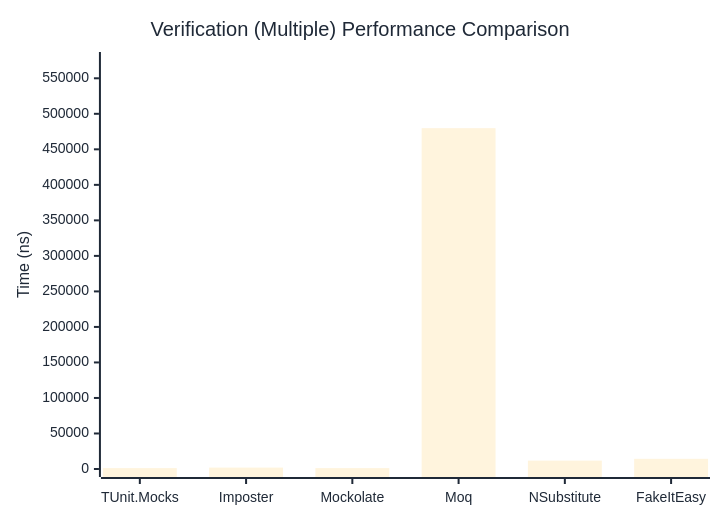
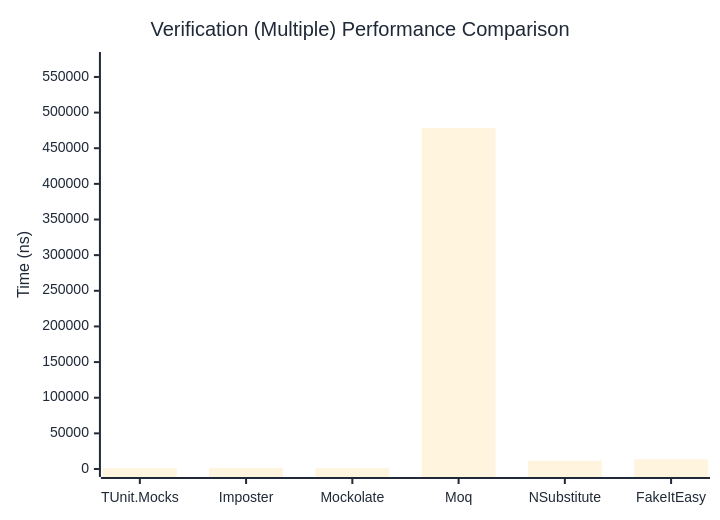
One commit to thomhurst/TUnit changed the third of 3 diagrams in docs/docs/benchmarks/mocks/Verification.md. Above: the diagram before and after it, drawn with Mermaid. The commit also changed other lines of this file and 14 other files, not shown here.

````diff
--- a/docs/docs/benchmarks/mocks/Verification.md
+++ b/docs/docs/benchmarks/mocks/Verification.md
@@ -110,27 +110,27 @@
 ```mermaid
 %%{init: {
   'theme':'base',
   'themeVariables': {
     'primaryColor': '#2563eb',
     'primaryTextColor': '#1f2937',
     'primaryBorderColor': '#1e40af',
     'lineColor': '#6b7280',
     'secondaryColor': '#7c3aed',
     'tertiaryColor': '#dc2626',
     'background': '#ffffff',
     'pie1': '#2563eb',
     'pie2': '#7c3aed',
     'pie3': '#dc2626',
     'pie4': '#f59e0b',
     'pie5': '#10b981',
     'pie6': '#06b6d4',
     'pie7': '#ec4899',
     'pie8': '#6366f1'
   }
 }}%%
 xychart-beta
   title "Verification (Multiple) Performance Comparison"
   x-axis ["TUnit.Mocks", "Imposter", "Mockolate", "Moq", "NSubstitute", "FakeItEasy"]
-  y-axis "Time (ns)" 0 --> 575756
-  bar [1245.26, 1971.88, 1269.81, 479796.25, 11809.38, 14325.62]
+  y-axis "Time (ns)" 0 --> 573768
+  bar [1154.55, 1726.96, 1162.15, 478139.85, 11571.75, 13555.4]
 ```
````
